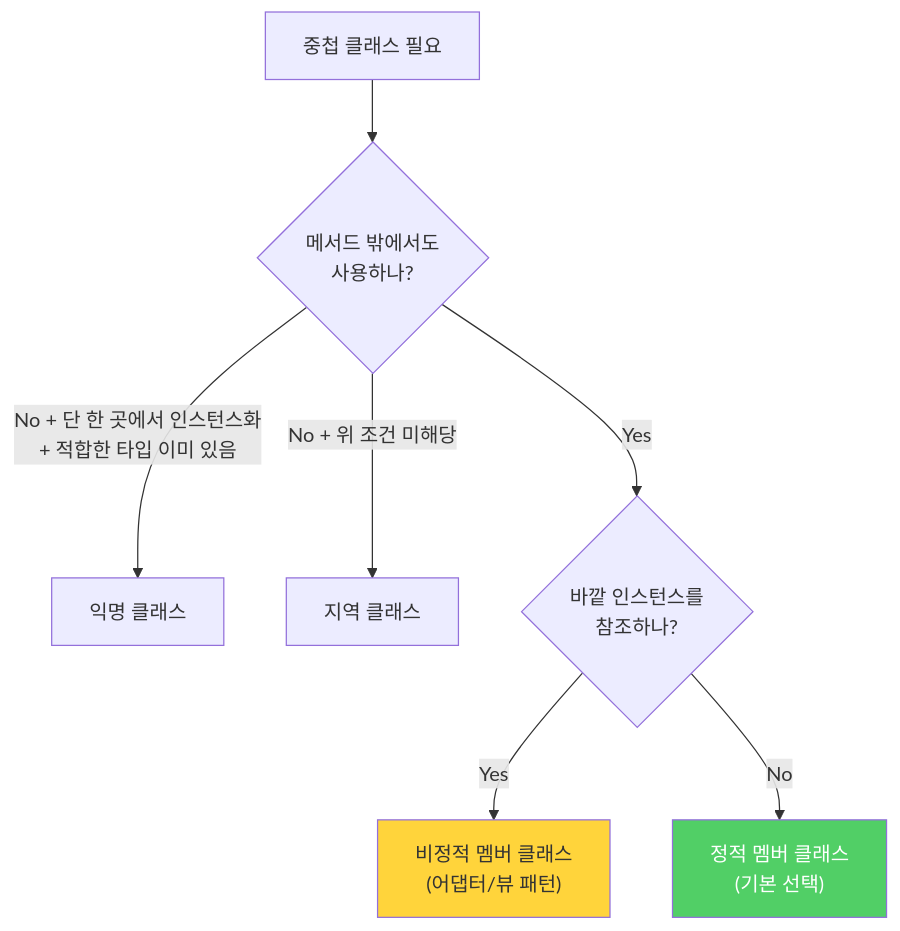
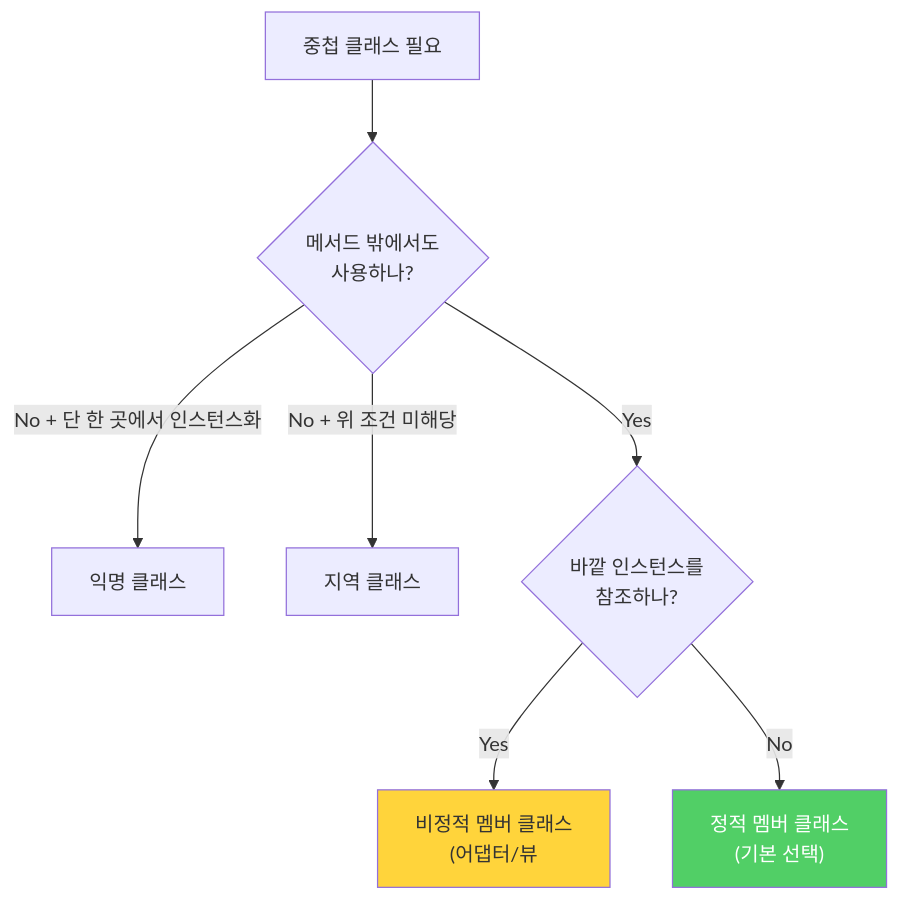
Before and after one commit to yjkim2015/yjkim2015.github.io: the third of 3 diagrams in _posts/java/2022-01-04-effective-java24.md, drawn with Mermaid. The commit also changed other lines of this file and 271 other files, not shown here.

First line of the commit message:
Mermaid 라벨 축소: 긴 노드 텍스트 18자 이하로 트림 + \n 제거

````diff
--- a/_posts/java/2022-01-04-effective-java24.md
+++ b/_posts/java/2022-01-04-effective-java24.md
@@ -194,11 +194,11 @@
 ```mermaid
 graph TD
     A["중첩 클래스 필요"] --> B{"메서드 밖에서도\n사용하나?"}
-    B -->|"No + 단 한 곳에서 인스턴스화\n+ 적합한 타입 이미 있음"| C["익명 클래스"]
+    B -->|"No + 단 한 곳에서 인스턴스화"| C["익명 클래스"]
     B -->|"No + 위 조건 미해당"| D["지역 클래스"]
     B -->|"Yes"| E{"바깥 인스턴스를\n참조하나?"}
-    E -->|"Yes"| F["비정적 멤버 클래스\n(어댑터/뷰 패턴)"]
+    E -->|"Yes"| F["비정적 멤버 클래스\n(어댑터/뷰"]
     E -->|"No"| G["정적 멤버 클래스\n(기본 선택)"]
     style G fill:#51cf66,color:#fff
     style F fill:#ffd43b
 ```
````
